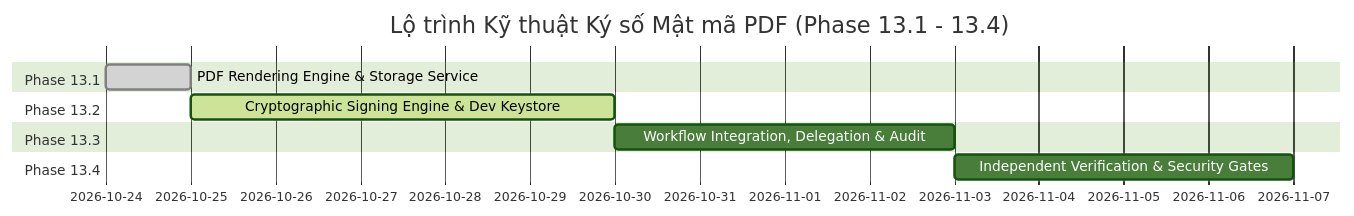
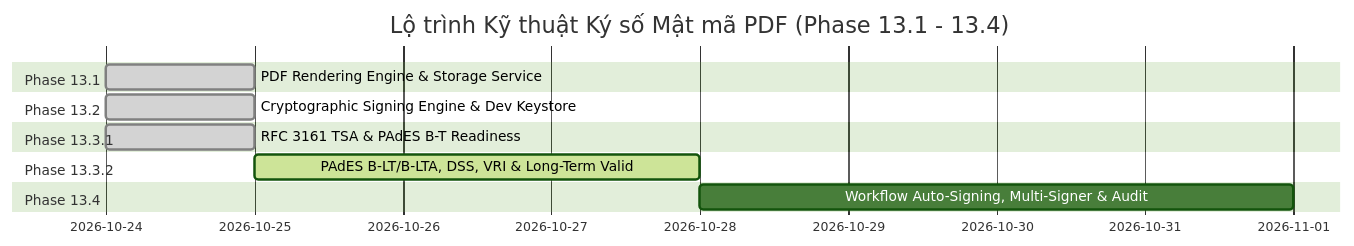
One commit to ngoctruonggiang/Trinh-ky-online changed the diagram in docs/architecture/DIGITAL_SIGNING_IMPLEMENTATION_PLAN.md. Above: the diagram before and after it, drawn with Mermaid (forest theme). The commit also changed other lines of this file and 28 other files, not shown here.

First line of the commit message:
feat: PHASE 13.3.1 — RFC 3161 TRUSTED TIMESTAMPING & PAdES B-T READINESS

````diff
--- a/docs/architecture/DIGITAL_SIGNING_IMPLEMENTATION_PLAN.md
+++ b/docs/architecture/DIGITAL_SIGNING_IMPLEMENTATION_PLAN.md
@@ -10,13 +10,15 @@
 ```mermaid
 gantt
     title Lộ trình Kỹ thuật Ký số Mật mã PDF (Phase 13.1 - 13.4)
     dateFormat  YYYY-MM-DD
     section Phase 13.1
     PDF Rendering Engine & Storage Service        :done, p131, 2026-10-24, 1d
     section Phase 13.2
-    Cryptographic Signing Engine & Dev Keystore  :active, p132, 2026-10-25, 5d
-    section Phase 13.3
-    Workflow Integration, Delegation & Audit     :p133, after p132, 4d
+    Cryptographic Signing Engine & Dev Keystore  :done, p132, 2026-10-24, 1d
+    section Phase 13.3.1
+    RFC 3161 TSA & PAdES B-T Readiness           :done, p1331, 2026-10-24, 1d
+    section Phase 13.3.2
+    PAdES B-LT/B-LTA, DSS, VRI & Long-Term Valid :active, p1332, 2026-10-25, 3d
     section Phase 13.4
-    Independent Verification & Security Gates    :p134, after p133, 4d
+    Workflow Auto-Signing, Multi-Signer & Audit  :p134, after p1332, 4d
 ```
````
